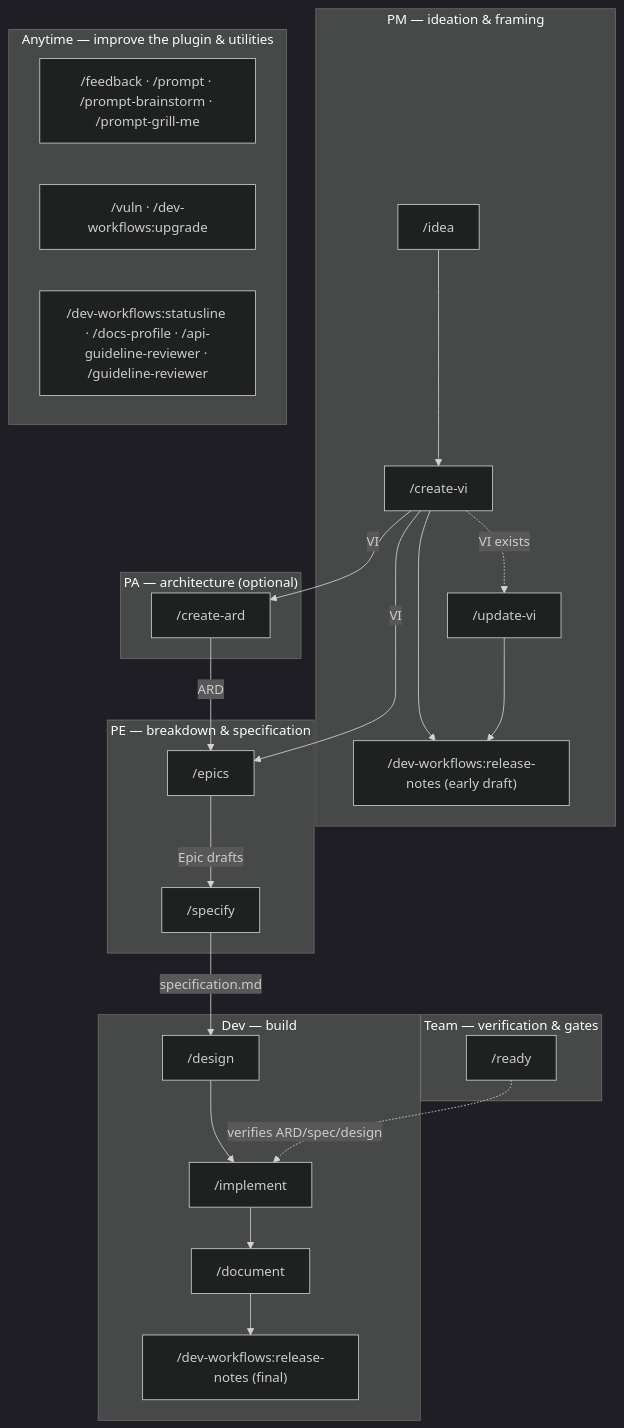
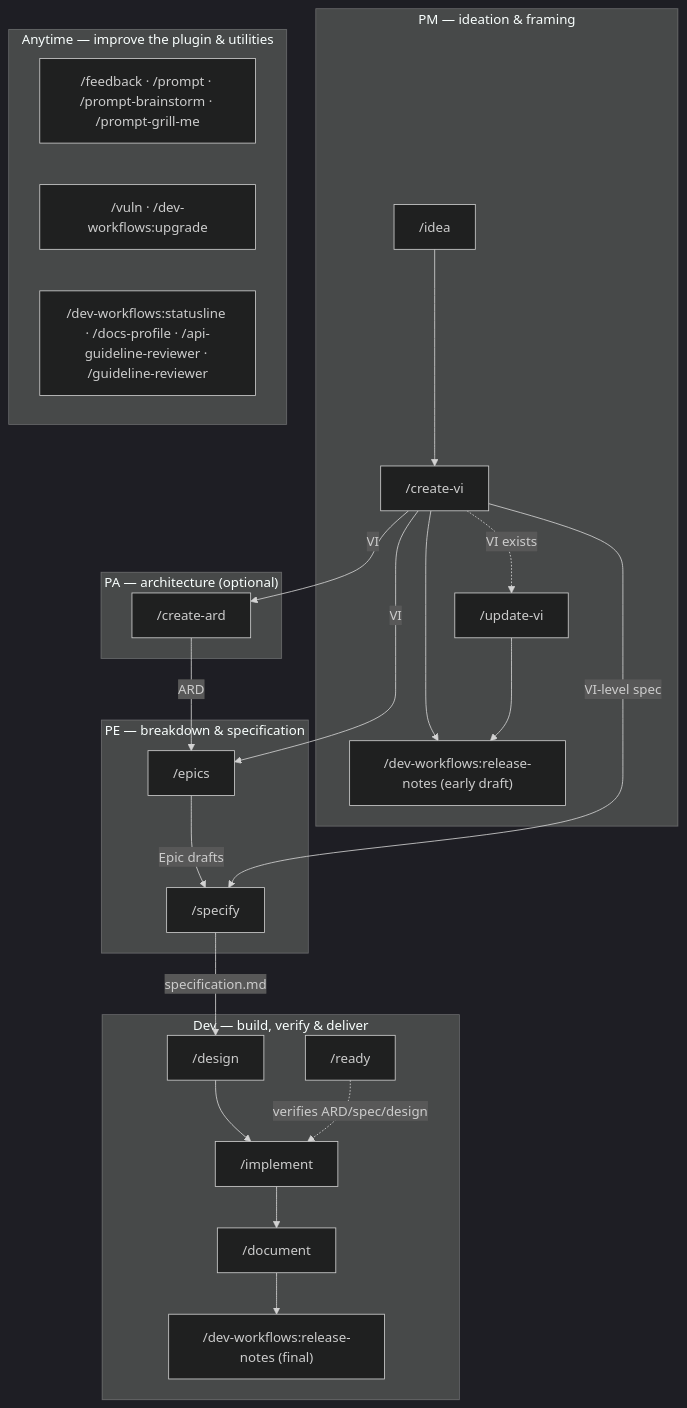
Before and after one commit to ihudak/ihudak-claude-plugins: the diagram in plugins/dev-workflows/docs/workflow.md, drawn with Mermaid (dark theme). The commit also changed other lines of this file and 27 other files, not shown here.

First line of the commit message:
fix(dev-workflows): close every open item, and collapse `team` into `dev`

````diff
--- a/plugins/dev-workflows/docs/workflow.md
+++ b/plugins/dev-workflows/docs/workflow.md
@@ -5,36 +5,35 @@
 ```mermaid
 flowchart TD
     subgraph PM["PM — ideation & framing"]
         idea["/idea"] --> createvi["/create-vi"]
         createvi --> rnpm["/dev-workflows:release-notes (early draft)"]
         createvi -.->|VI exists| updatevi["/update-vi"]
         updatevi --> rnpm
     end
     subgraph PA["PA — architecture (optional)"]
         createard["/create-ard"]
     end
     subgraph PE["PE — breakdown & specification"]
         epics["/epics"]
         specify["/specify"]
     end
-    subgraph DEV["Dev — build"]
+    subgraph DEV["Dev — build, verify & deliver"]
         design["/design"] --> implement["/implement"]
         implement --> document["/document"]
         document --> rndev["/dev-workflows:release-notes (final)"]
-    end
-    subgraph QA["Team — verification & gates"]
         ready["/ready"]
     end
     subgraph ANY["Anytime — improve the plugin & utilities"]
         improve["/feedback · /prompt · /prompt-brainstorm · /prompt-grill-me"]
         maint["/vuln · /dev-workflows:upgrade"]
         tooling["/dev-workflows:statusline · /docs-profile · /api-guideline-reviewer · /guideline-reviewer"]
     end
 
     createvi -->|VI| createard
     createvi -->|VI| epics
     createard -->|ARD| epics
     epics -->|Epic drafts| specify
+    createvi -->|VI-level spec| specify
     specify -->|specification.md| design
     ready -. verifies ARD/spec/design .-> implement
 ```
````
